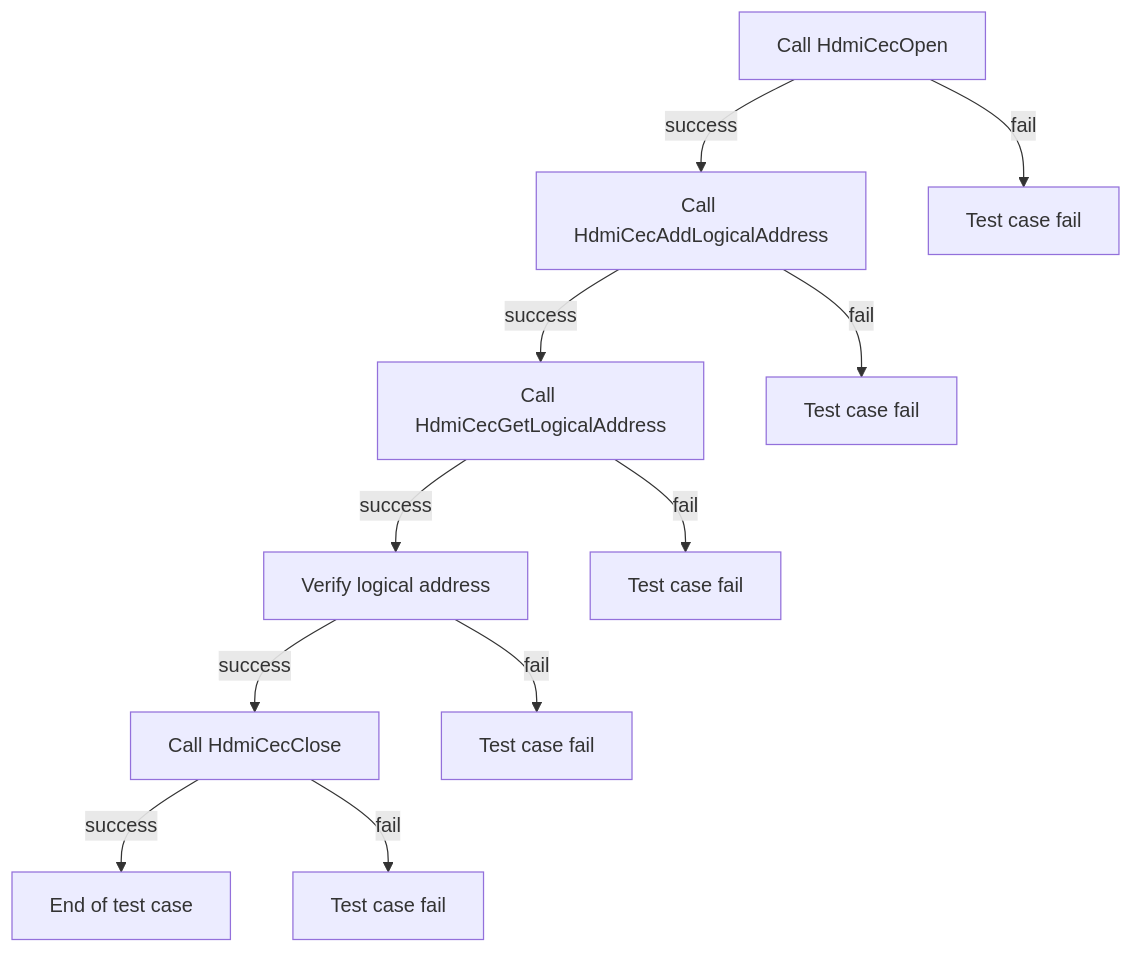
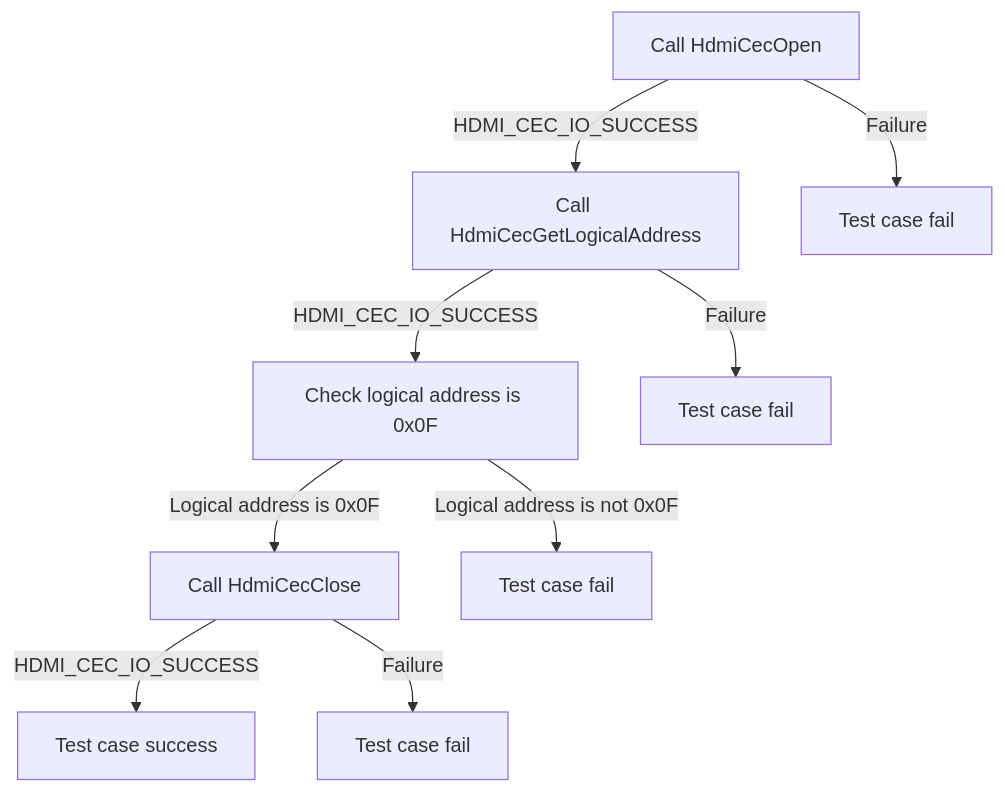
One commit to rdkcentral/rdk-halif-test-hdmi_cec changed the first of 6 diagrams in docs/pages/l2_hdmi_cec_driver_test_specification.md. Above: the diagram before and after it, drawn with Mermaid. The commit also changed other lines of this file and 5 other files, not shown here.

Commit message:
Develop HDMI CEC L2 test suite Modified test suite based on new MD file

````diff
--- a/docs/pages/l2_hdmi_cec_driver_test_specification.md
+++ b/docs/pages/l2_hdmi_cec_driver_test_specification.md
@@ -27,13 +83,11 @@
 ```mermaid
 graph TB
-    A[Call HdmiCecOpen] -->|success| B[Call HdmiCecAddLogicalAddress]
-    A -->|fail| E[Test case fail]
-    B -->|success| C[Call HdmiCecGetLogicalAddress]
-    B -->|fail| F[Test case fail]
-    C -->|success| D[Verify logical address]
-    C -->|fail| G[Test case fail]
-    D -->|success| H[Call HdmiCecClose]
-    D -->|fail| I[Test case fail]
-    H -->|success| J[End of test case]
-    H -->|fail| K[Test case fail]
+A[Call HdmiCecOpen] -->|HDMI_CEC_IO_SUCCESS| B[Call HdmiCecGetLogicalAddress]
+A -->|Failure| A1[Test case fail]
+B -->|HDMI_CEC_IO_SUCCESS| C[Check logical address is 0x0F]
+B -->|Failure| B1[Test case fail]
+C -->|Logical address is 0x0F| D[Call HdmiCecClose]
+C -->|Logical address is not 0x0F| C1[Test case fail]
+D -->|HDMI_CEC_IO_SUCCESS| E[Test case success]
+D -->|Failure| D1[Test case fail]
 ```
````
